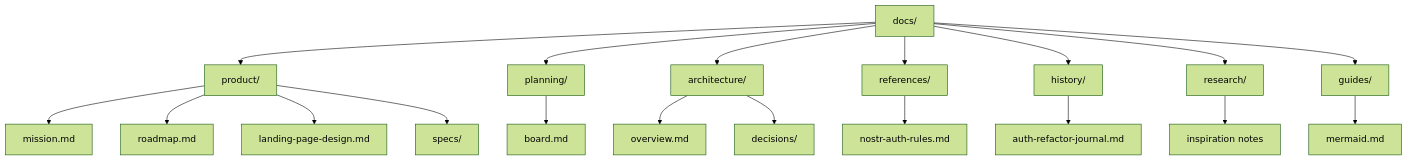
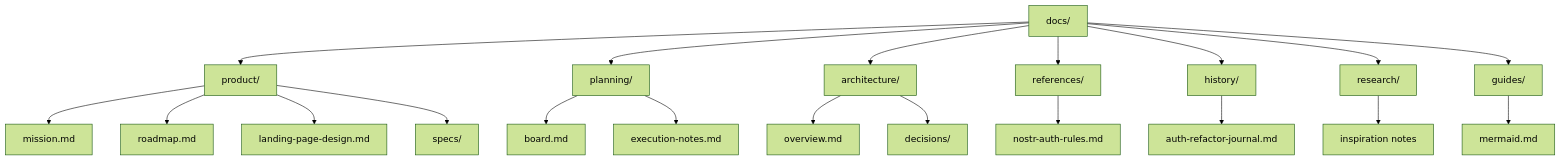
One commit to maxiim3/nostr-tools-ng-app changed the diagram in docs/README.md. Above: the diagram before and after it, drawn with Mermaid (forest theme). The commit also changed other lines of this file and 11 other files, not shown here.

````diff
--- a/docs/README.md
+++ b/docs/README.md
@@ -32,22 +33,23 @@
 ```mermaid
 flowchart TD
   Docs[docs/] --> Product[product/]
   Docs --> Planning[planning/]
   Docs --> Architecture[architecture/]
   Docs --> References[references/]
   Docs --> History[history/]
   Docs --> Research[research/]
   Docs --> Guides[guides/]
 
   Product --> Mission[mission.md]
   Product --> Roadmap[roadmap.md]
   Product --> LandingDesign[landing-page-design.md]
   Product --> Specs[specs/]
   Planning --> Board[board.md]
+  Planning --> ExecutionNotes[execution-notes.md]
   Architecture --> Overview[overview.md]
   Architecture --> Decisions[decisions/]
   References --> Rules[nostr-auth-rules.md]
   History --> Journal[auth-refactor-journal.md]
   Research --> Inputs[inspiration notes]
   Guides --> Mermaid[mermaid.md]
 ```
````
